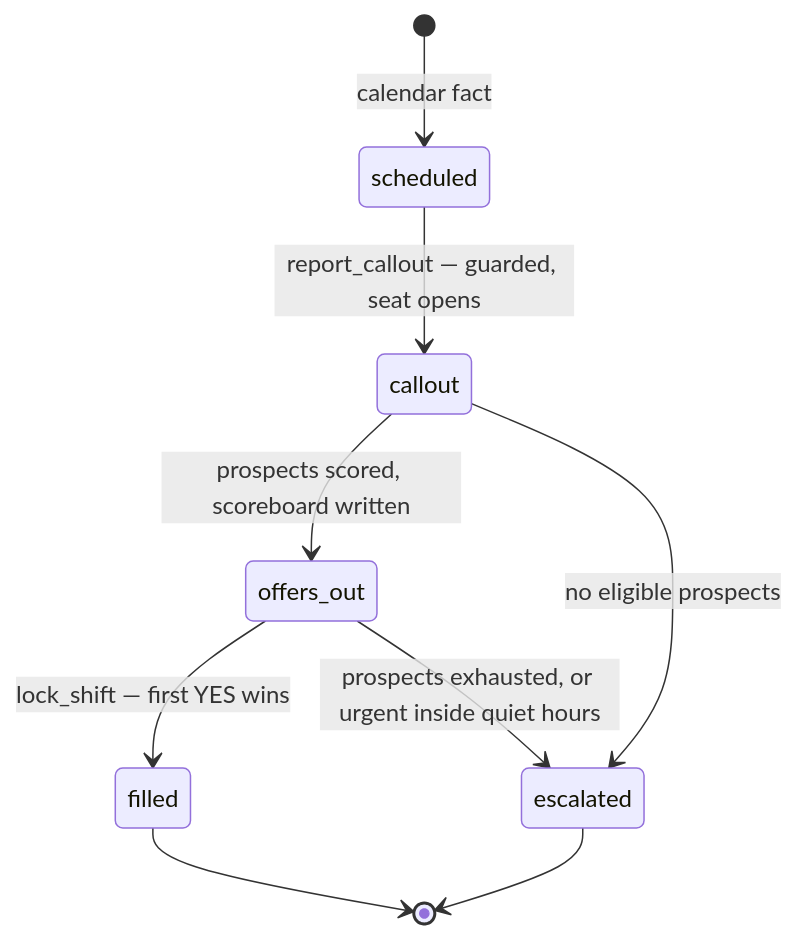
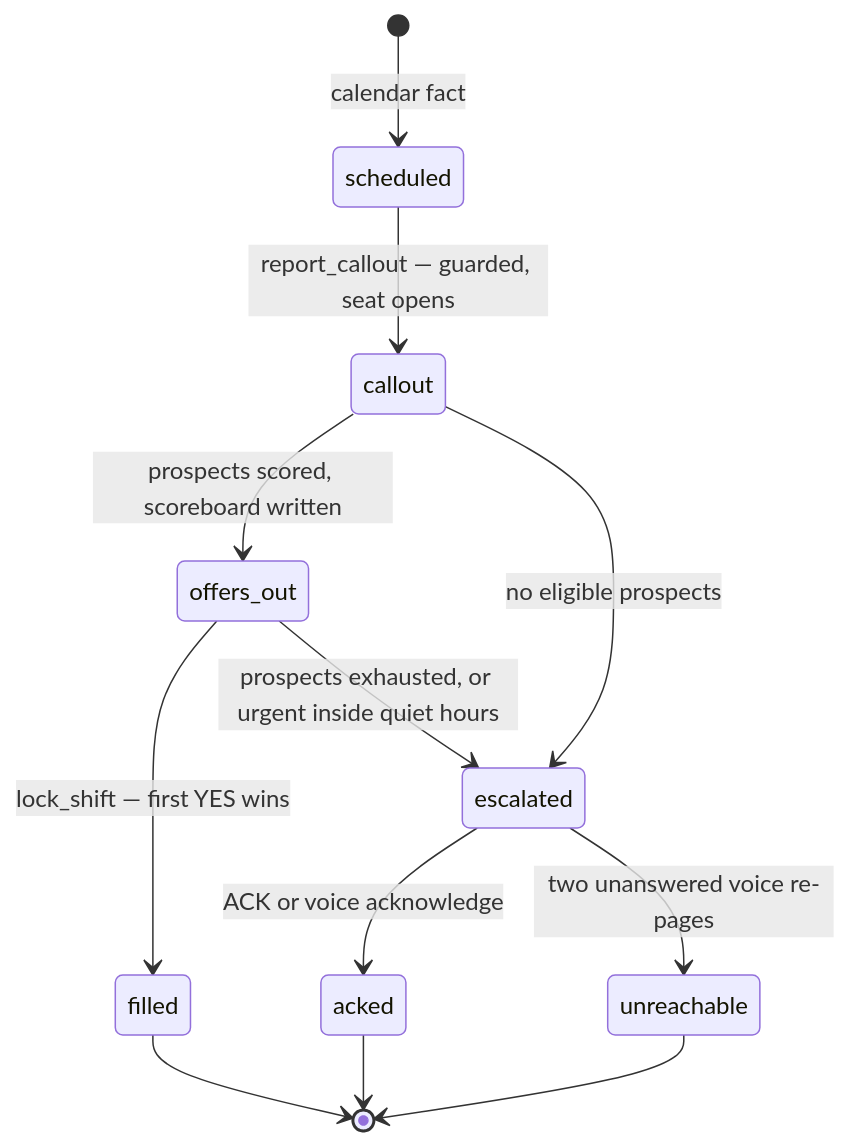
The second of 3 diagrams in docs/architecture.md (rockramsri/Rock-voice-scheduler-engine), drawn with Mermaid before and after one commit. The commit also changed other lines of this file and 13 other files, not shown here.

````diff
--- a/docs/architecture.md
+++ b/docs/architecture.md
@@ -180,11 +180,14 @@
 ```mermaid
 stateDiagram-v2
     [*] --> scheduled : calendar fact
     scheduled --> callout : report_callout — guarded, seat opens
     callout --> offers_out : prospects scored, scoreboard written
     callout --> escalated : no eligible prospects
     offers_out --> filled : lock_shift — first YES wins
     offers_out --> escalated : prospects exhausted, or urgent inside quiet hours
     filled --> [*]
-    escalated --> [*]
+    escalated --> acked : ACK or voice acknowledge
+    escalated --> unreachable : two unanswered voice re-pages
+    acked --> [*]
+    unreachable --> [*]
 ```
````
